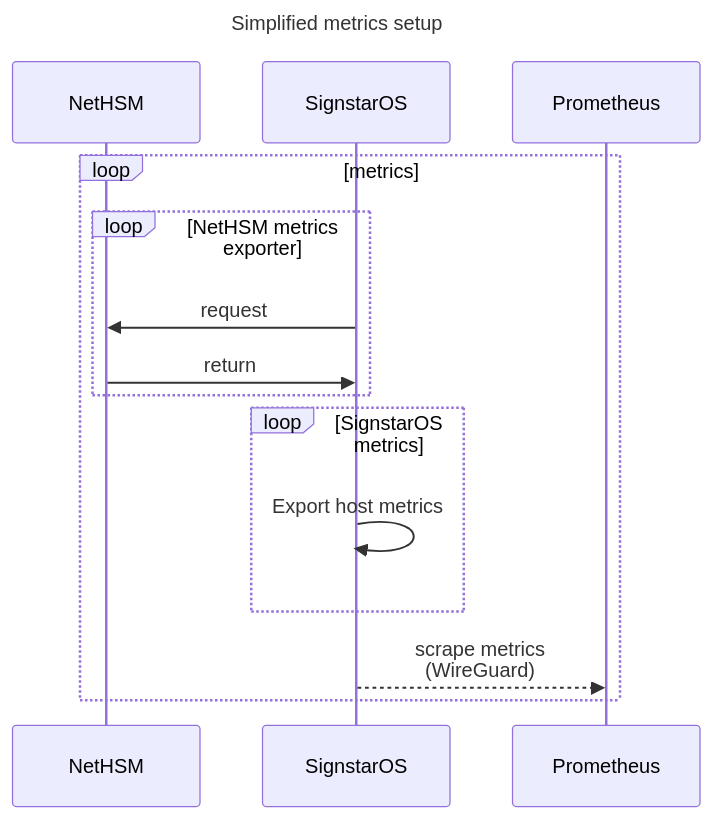
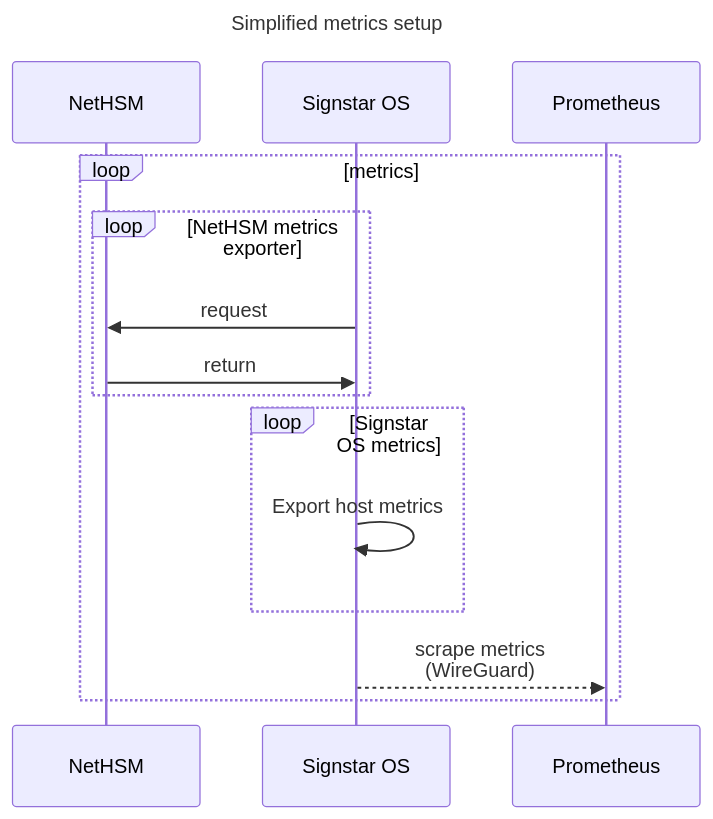
Before and after one commit to archlinux/signstar: the fourth of 9 diagrams in resources/docs/design.md, drawn with Mermaid. The commit also changed other lines of this file and 42 other files, not shown here.

````diff
--- a/resources/docs/design.md
+++ b/resources/docs/design.md
@@ -166,20 +166,20 @@
 ```mermaid
 ---
 title: Simplified metrics setup
 ---
 sequenceDiagram
     participant N as NetHSM
-    participant S as SignstarOS
+    participant S as Signstar OS
     participant M as Prometheus
 
     loop metrics
         loop NetHSM metrics exporter
             S ->> N: request
             N ->> S: return
         end
-        loop SignstarOS metrics
+        loop Signstar OS metrics
             S ->> S: Export host metrics
         end
         S -->> M: scrape metrics<br>(WireGuard)
     end
 ```
````
